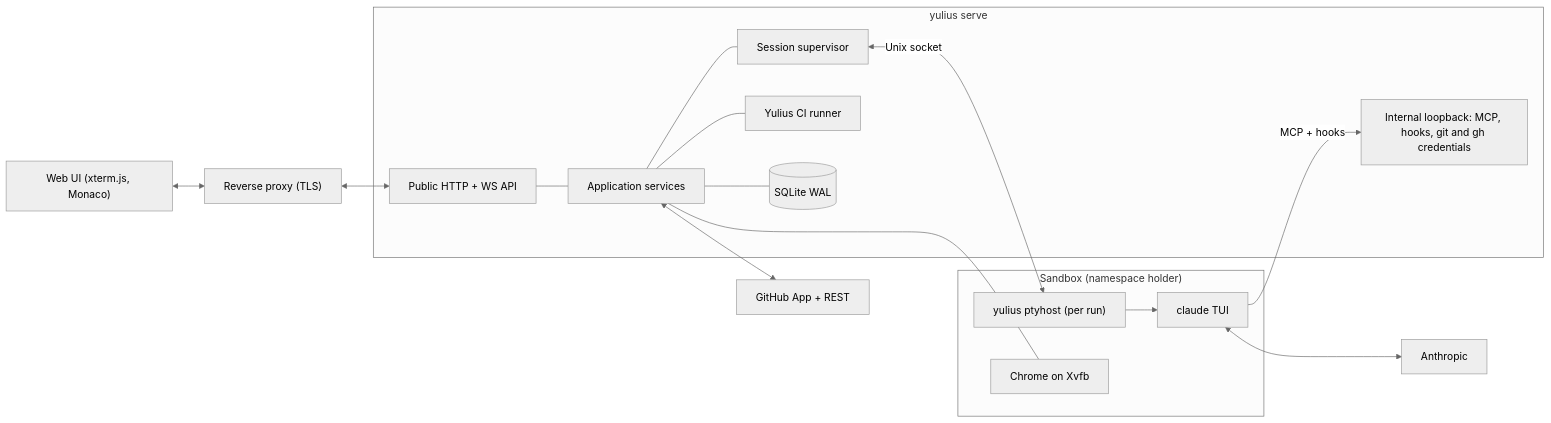
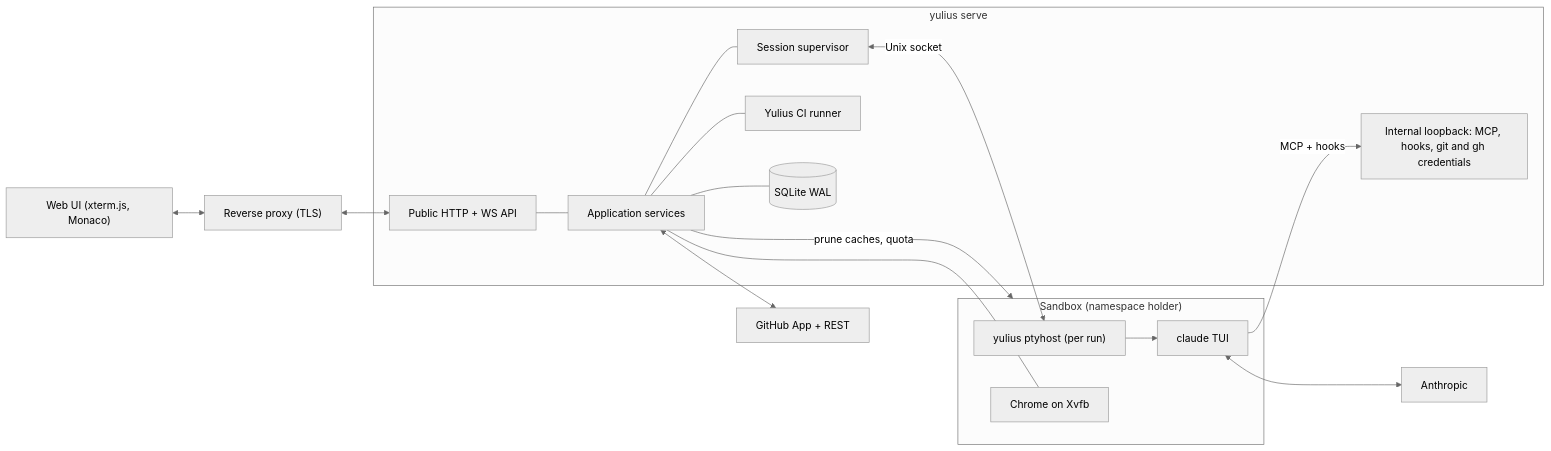
One commit to Quartio-Studio/yulius changed the first of 2 diagrams in docs/architecture.md. Above: the diagram before and after it, drawn with Mermaid (neutral theme). The commit also changed other lines of this file and 31 other files, not shown here.

````diff
--- a/docs/architecture.md
+++ b/docs/architecture.md
@@ -9,24 +9,25 @@
 ```mermaid
 flowchart LR
   UI["Web UI (xterm.js, Monaco)"] <--> RP["Reverse proxy (TLS)"] <--> API
   subgraph Server["yulius serve"]
     API["Public HTTP + WS API"]
     INT["Internal loopback: MCP, hooks, git and gh credentials"]
     APP["Application services"]
     SUP["Session supervisor"]
     CI["Yulius CI runner"]
     DB[("SQLite WAL")]
   end
   API --- APP --- DB
   APP --- SUP
   APP --- CI
+  APP -->|"prune caches, quota"| SB
   SUP <-->|"Unix socket"| PH["yulius ptyhost (per run)"]
   subgraph SB["Sandbox (namespace holder)"]
     PH --> AG["claude TUI"]
     CH["Chrome on Xvfb"]
   end
   AG -->|"MCP + hooks"| INT
   APP <--> GH["GitHub App + REST"]
   AG <--> AN["Anthropic"]
   APP --- CH
 ```
````
